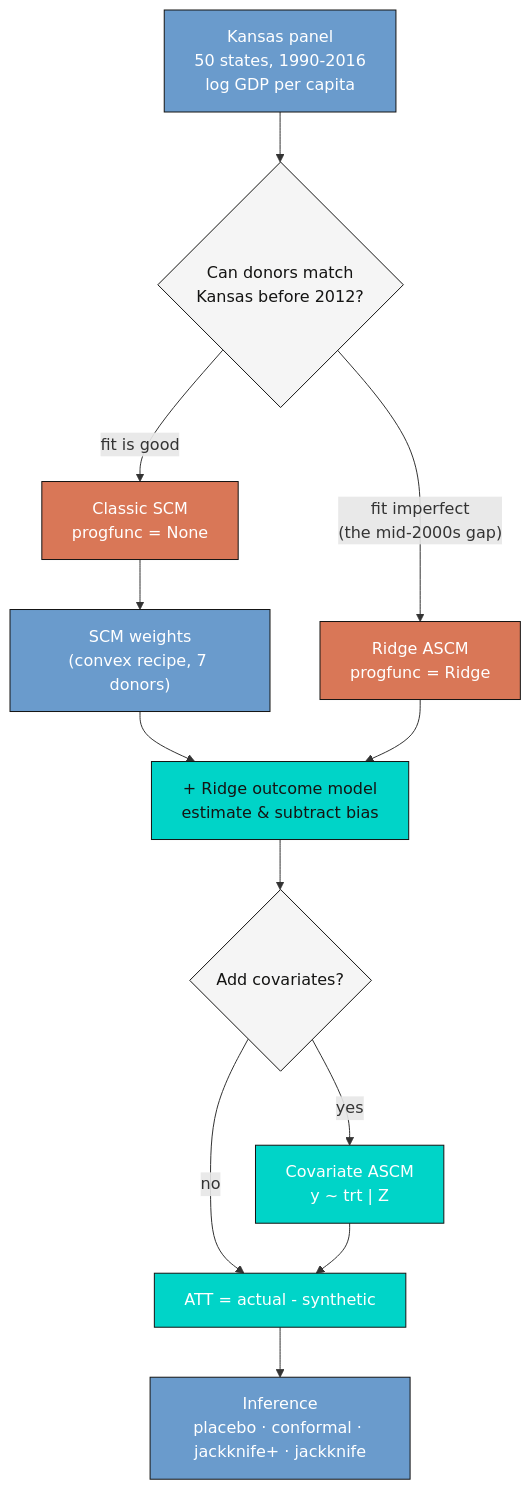
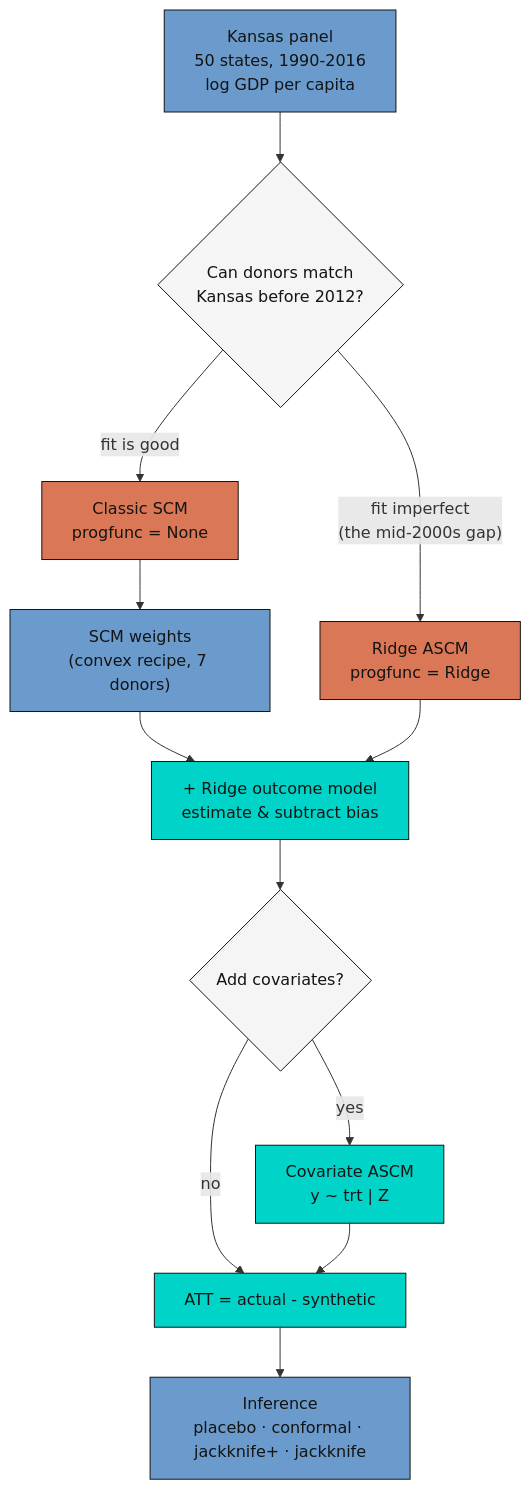
Before and after one commit to cmg777/starter-academic-v501: the diagram in content/post/r_augsynth/index.md, drawn with Mermaid. The commit also changed 67 other files, not shown here.

First line of the commit message:
fix(mermaid): readable diagram text in both themes across the site

````diff
--- a/content/post/r_augsynth/index.md
+++ b/content/post/r_augsynth/index.md
@@ -92,24 +92,26 @@
 ```mermaid
 flowchart TD
     P["Kansas panel<br/>50 states, 1990-2016<br/>log GDP per capita"] --> Q{"Can donors match<br/>Kansas before 2012?"}
     Q -->|"fit is good"| S["Classic SCM<br/>progfunc = None"]
     Q -->|"fit imperfect<br/>(the mid-2000s gap)"| R["Ridge ASCM<br/>progfunc = Ridge"]
     S --> W["SCM weights<br/>(convex recipe, 7 donors)"]
     W --> B["+ Ridge outcome model<br/>estimate &amp; subtract bias"]
     R --> B
     B --> Z{"Add covariates?"}
     Z -->|"yes"| C["Covariate ASCM<br/>y ~ trt | Z"]
     Z -->|"no"| A["ATT = actual - synthetic"]
     C --> A
     A --> I["Inference<br/>placebo · conformal · jackknife+ · jackknife"]
-    style P fill:#6a9bcc,stroke:#141413,color:#fff
-    style Q fill:#f5f5f5,stroke:#141413,color:#141413
-    style Z fill:#f5f5f5,stroke:#141413,color:#141413
-    style S fill:#d97757,stroke:#141413,color:#fff
-    style R fill:#d97757,stroke:#141413,color:#fff
-    style W fill:#6a9bcc,stroke:#141413,color:#fff
+    style P fill:#6a9bcc,stroke:#141413,color:#141413
+    classDef sty_Q fill:#f5f5f5,stroke:#141413,color:#141413
+    class Q sty_Q
+    classDef sty_Z fill:#f5f5f5,stroke:#141413,color:#141413
+    class Z sty_Z
+    style S fill:#d97757,stroke:#141413,color:#141413
+    style R fill:#d97757,stroke:#141413,color:#141413
+    style W fill:#6a9bcc,stroke:#141413,color:#141413
     style B fill:#00d4c8,stroke:#141413,color:#141413
-    style C fill:#00d4c8,stroke:#141413,color:#fff
-    style A fill:#00d4c8,stroke:#141413,color:#fff
-    style I fill:#6a9bcc,stroke:#141413,color:#fff
+    style C fill:#00d4c8,stroke:#141413,color:#141413
+    style A fill:#00d4c8,stroke:#141413,color:#141413
+    style I fill:#6a9bcc,stroke:#141413,color:#141413
 ```
````
